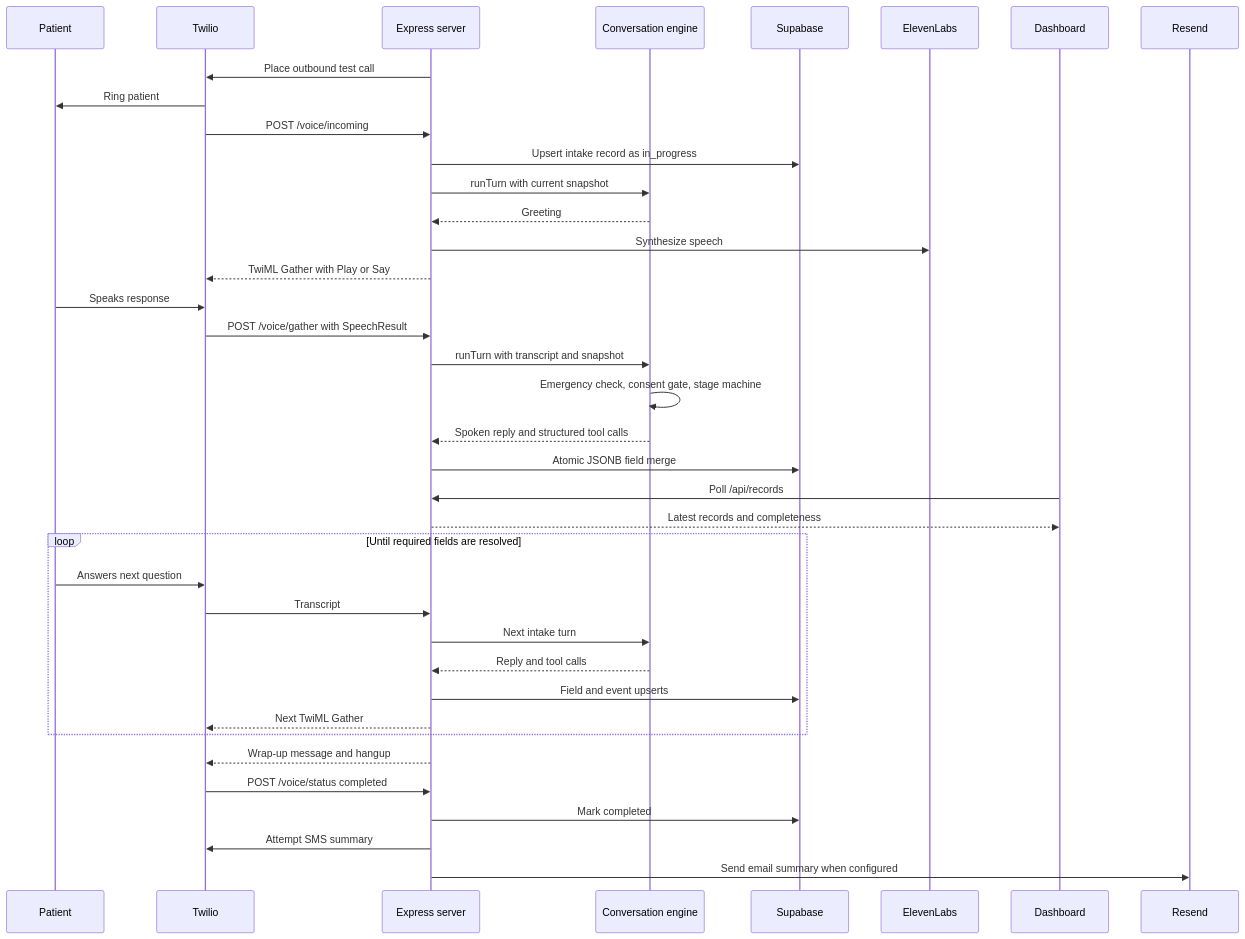
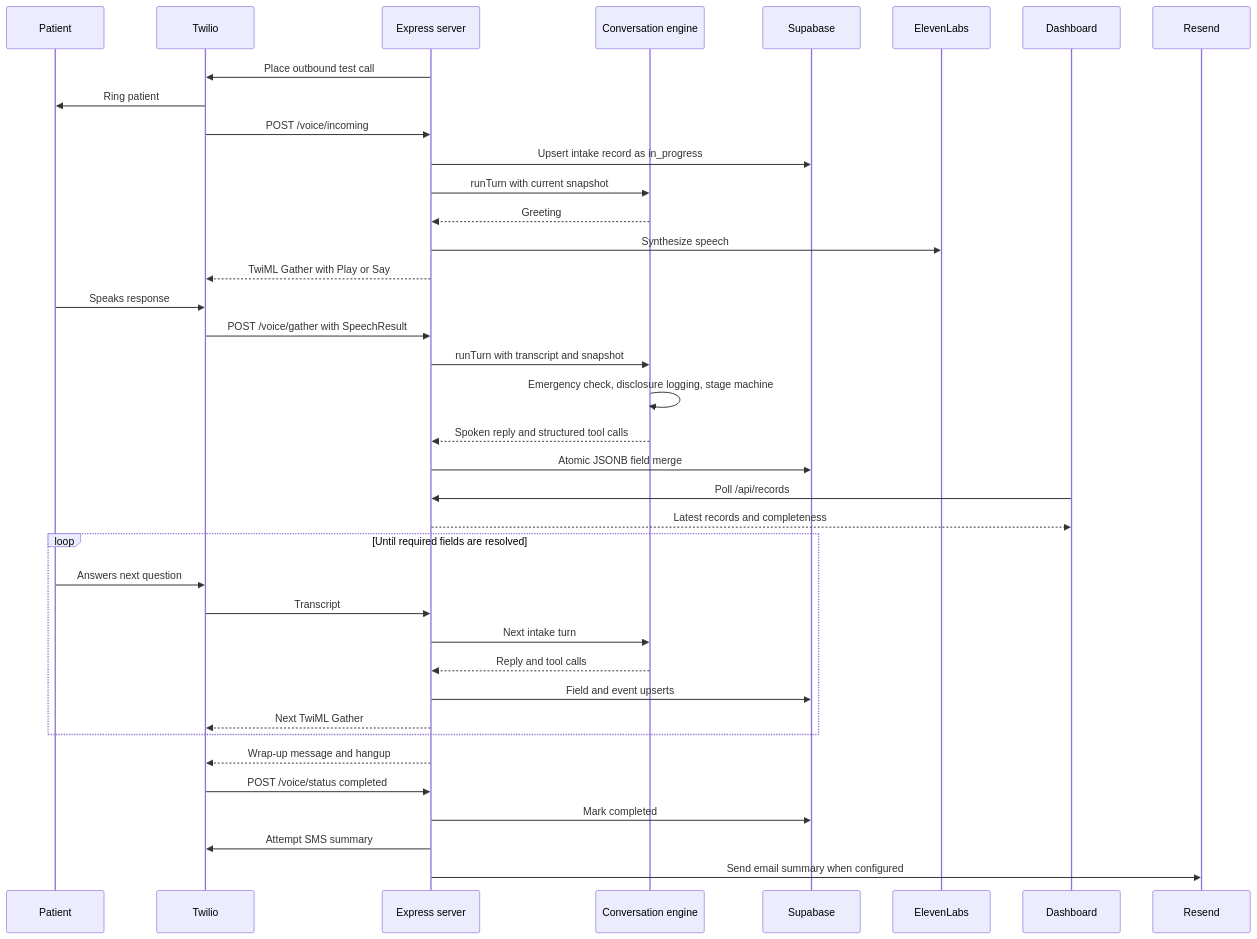
The second of 2 diagrams in README.md (26dos/AryaHack-Patient-Intake), drawn with Mermaid before and after one commit. The commit also changed other lines of this file and 4 other files, not shown here.

Commit message:
Replace consent gate with AI disclosure

````diff
--- a/README.md
+++ b/README.md
@@ -84,44 +84,44 @@
 ```mermaid
 sequenceDiagram
   participant P as Patient
   participant T as Twilio
   participant S as Express server
   participant C as Conversation engine
   participant DB as Supabase
   participant L as ElevenLabs
   participant D as Dashboard
   participant E as Resend
 
   S->>T: Place outbound test call
   T->>P: Ring patient
   T->>S: POST /voice/incoming
   S->>DB: Upsert intake record as in_progress
   S->>C: runTurn with current snapshot
   C-->>S: Greeting
   S->>L: Synthesize speech
   S-->>T: TwiML Gather with Play or Say
 
   P->>T: Speaks response
   T->>S: POST /voice/gather with SpeechResult
   S->>C: runTurn with transcript and snapshot
-  C->>C: Emergency check, consent gate, stage machine
+  C->>C: Emergency check, disclosure logging, stage machine
   C-->>S: Spoken reply and structured tool calls
   S->>DB: Atomic JSONB field merge
   D->>S: Poll /api/records
   S-->>D: Latest records and completeness
 
   loop Until required fields are resolved
     P->>T: Answers next question
     T->>S: Transcript
     S->>C: Next intake turn
     C-->>S: Reply and tool calls
     S->>DB: Field and event upserts
     S-->>T: Next TwiML Gather
   end
 
   S-->>T: Wrap-up message and hangup
   T->>S: POST /voice/status completed
   S->>DB: Mark completed
   S->>T: Attempt SMS summary
   S->>E: Send email summary when configured
 ```
````
